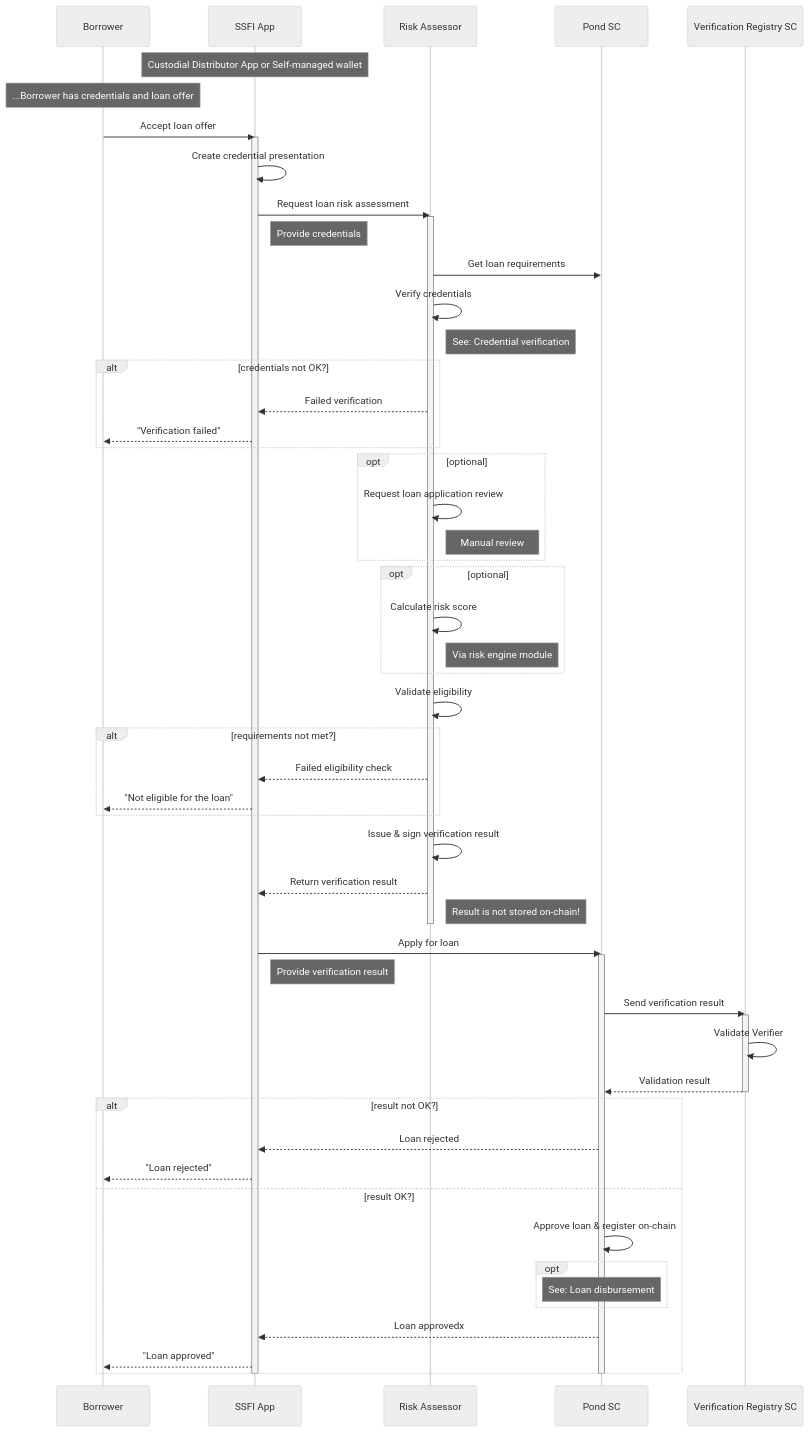
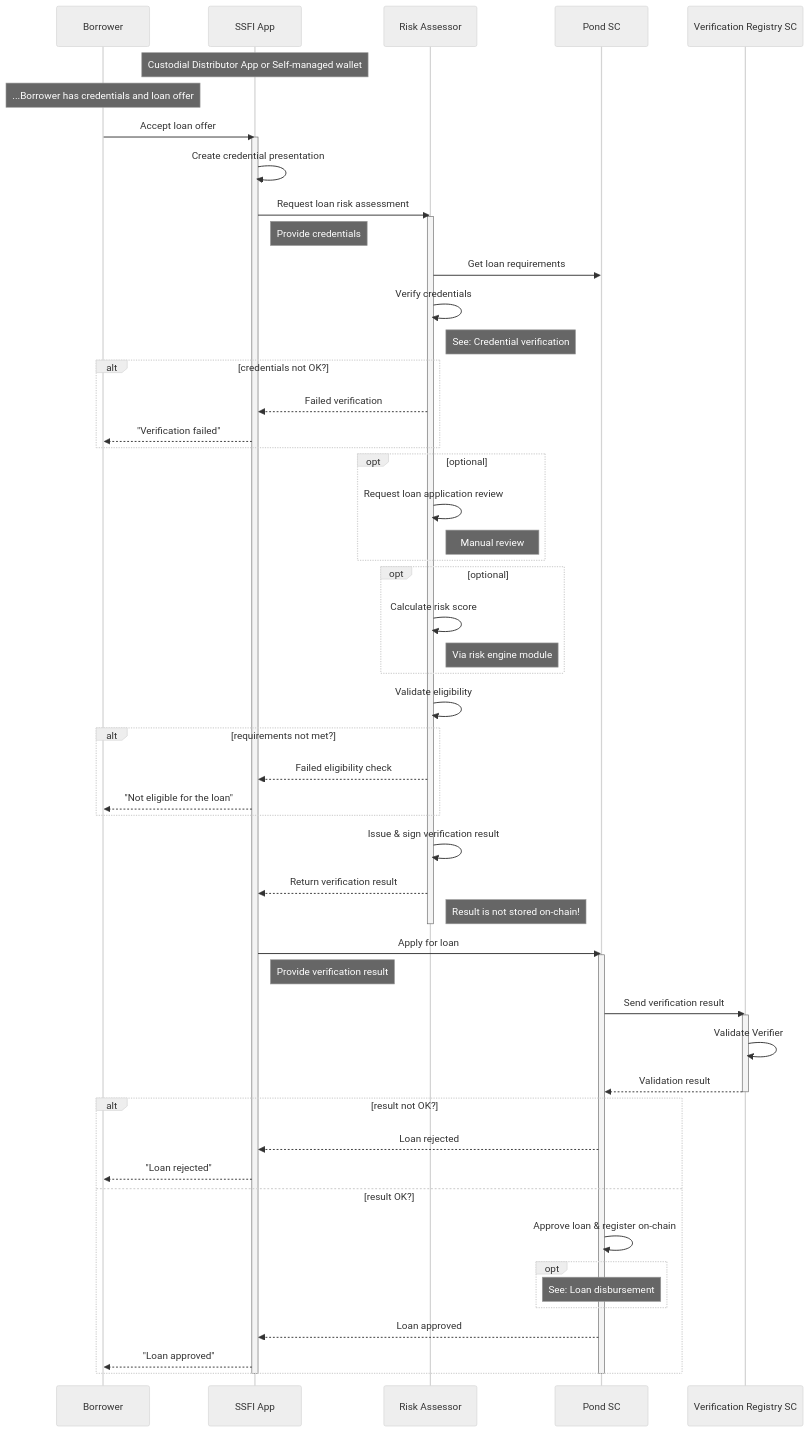
The diagram in flows/C-Risk-Mgmt-3-Loan-Approval.md (growr-xyz/growr-documentation), drawn with Mermaid (neutral theme) before and after one commit.

````diff
--- a/flows/C-Risk-Mgmt-3-Loan-Approval.md
+++ b/flows/C-Risk-Mgmt-3-Loan-Approval.md
@@ -3,61 +3,61 @@
 ```mermaid
 sequenceDiagram
     participant Borrower
     participant SSFI App
     participant Risk Assessor
     participant Pond SC
     participant Verification Registry SC
     Note over SSFI App: Custodial Distributor App or Self-managed wallet
     Note over Borrower: ...Borrower has credentials and loan offer
     Borrower->>SSFI App: Accept loan offer
     activate SSFI App
     SSFI App->>SSFI App: Create credential presentation
     SSFI App->>Risk Assessor: Request loan risk assessment
     activate Risk Assessor
     Note right of SSFI App: Provide credentials
     Risk Assessor->>Pond SC: Get loan requirements
     Risk Assessor->>Risk Assessor: Verify credentials
     Note right of Risk Assessor: See: Credential verification
     alt credentials not OK?
         Risk Assessor-->>SSFI App: Failed verification
         SSFI App-->>Borrower: "Verification failed"
     end
     opt optional
         Risk Assessor->>Risk Assessor: Request loan application review
         Note right of Risk Assessor: Manual review
     end
     opt optional
         Risk Assessor->>Risk Assessor: Calculate risk score
         Note right of Risk Assessor: Via risk engine module
     end
     Risk Assessor->>Risk Assessor: Validate eligibility
     alt requirements not met?
         Risk Assessor-->>SSFI App: Failed eligibility check
         SSFI App-->>Borrower: "Not eligible for the loan"
     end
     Risk Assessor->>Risk Assessor: Issue & sign verification result
     Risk Assessor-->>SSFI App: Return verification result
     Note right of Risk Assessor: Result is not stored on-chain!
     deactivate Risk Assessor
     SSFI App->>Pond SC: Apply for loan
     activate Pond SC
     Note right of SSFI App: Provide verification result
     Pond SC->>Verification Registry SC: Send verification result
     activate Verification Registry SC
     Verification Registry SC->>Verification Registry SC: Validate Verifier
     Verification Registry SC-->>Pond SC: Validation result
     deactivate Verification Registry SC
     alt result not OK?
         Pond SC-->>SSFI App: Loan rejected
         SSFI App-->>Borrower: "Loan rejected"
     else result OK?
         Pond SC->>Pond SC: Approve loan & register on-chain
         opt
             Note over Pond SC: See: Loan disbursement
         end
-        Pond SC-->>SSFI App: Loan approvedx
+        Pond SC-->>SSFI App: Loan approved
         SSFI App-->>Borrower: "Loan approved"
     end
     deactivate Pond SC
     deactivate SSFI App
 ```
````
